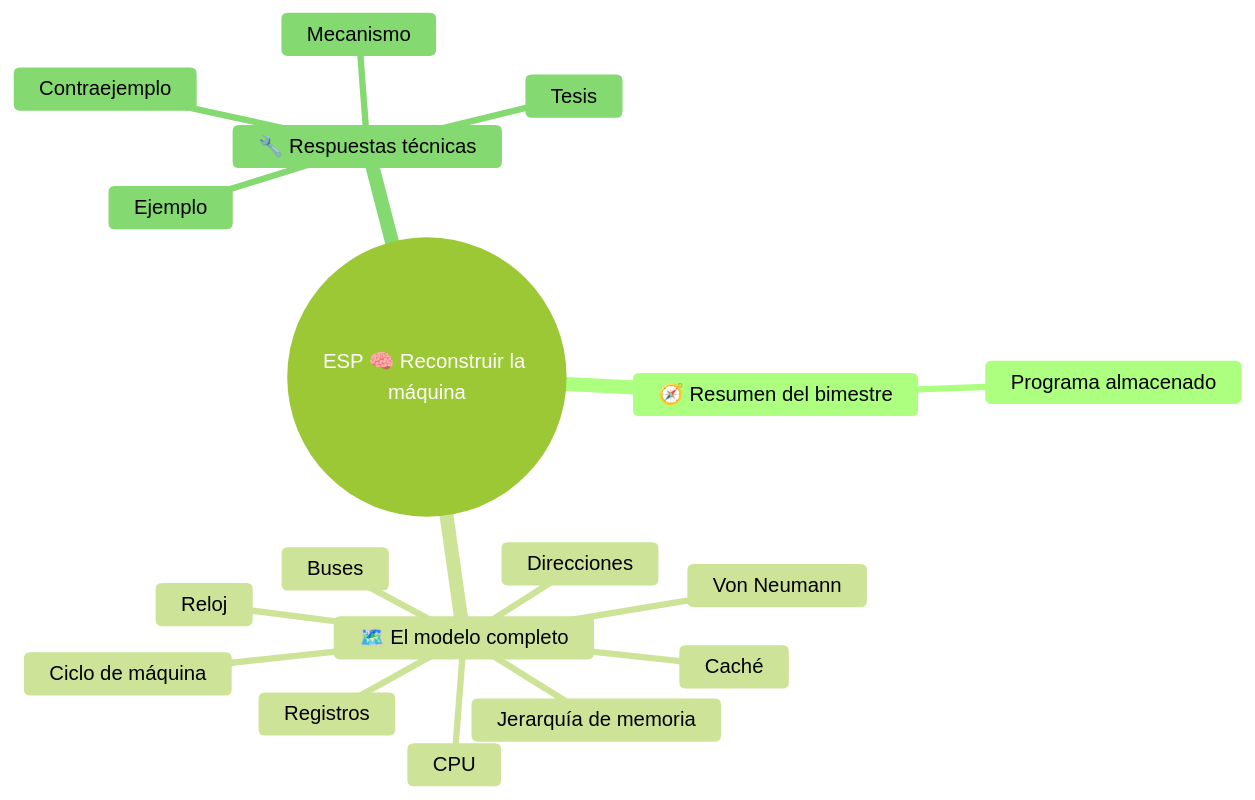
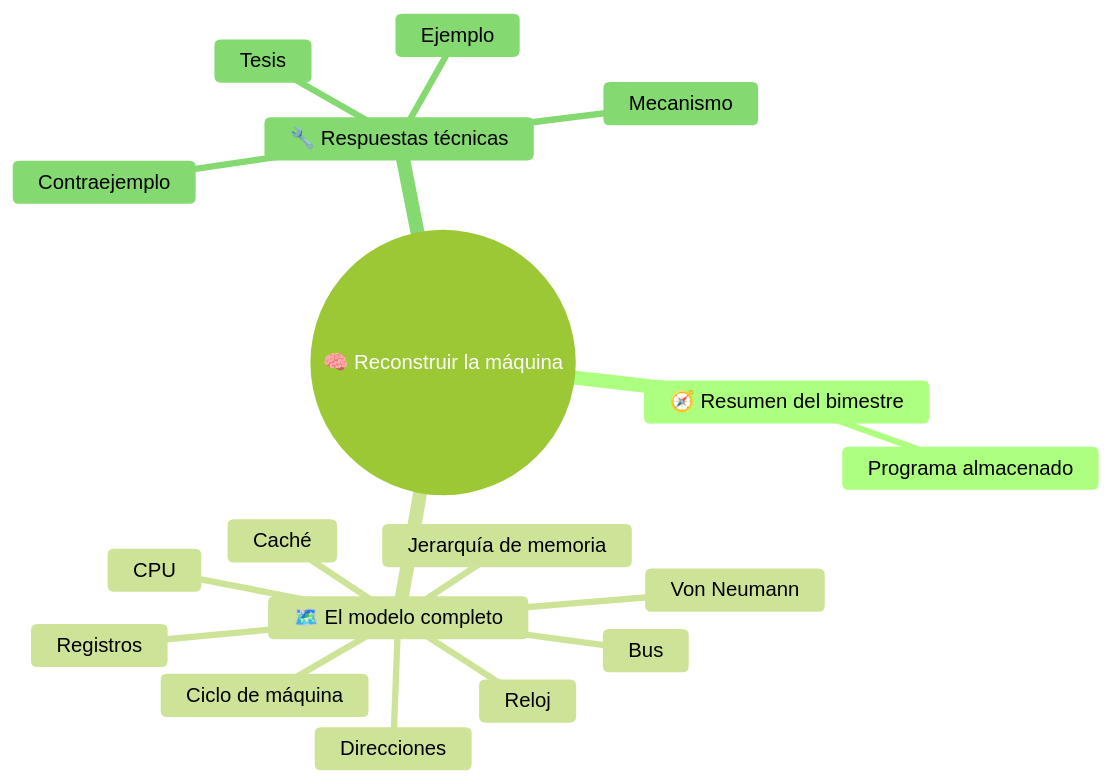
The diagram in 3EI - Sistemi e Reti/1 SETT-OTT (esp)/Allegati/esp-3ei-sett-ott-s7-reconstruir-la-maquina-mappa-1.mmd (Neeqstock/dispense-caramuel), drawn with Mermaid (forest theme) before and after one commit. The commit also changed 26 other files, not shown here.

```diff
--- a/3EI - Sistemi e Reti/1 SETT-OTT (esp)/Allegati/esp-3ei-sett-ott-s7-reconstruir-la-maquina-mappa-1.mmd
+++ b/3EI - Sistemi e Reti/1 SETT-OTT (esp)/Allegati/esp-3ei-sett-ott-s7-reconstruir-la-maquina-mappa-1.mmd
@@ -1,23 +1,23 @@
 ---
 config:
   layout: tidy-tree
 ---
 mindmap
-  root((ESP 🧠 Reconstruir la máquina))
+  root((🧠 Reconstruir la máquina))
     🧭 Resumen del bimestre
       Programa almacenado
     🗺️ El modelo completo
       Von Neumann
       CPU
       Registros
       Ciclo de máquina
-      Buses
+      Bus
       Direcciones
       Jerarquía de memoria
       Caché
       Reloj
     🔧 Respuestas técnicas
       Tesis
       Mecanismo
       Ejemplo
       Contraejemplo
```
